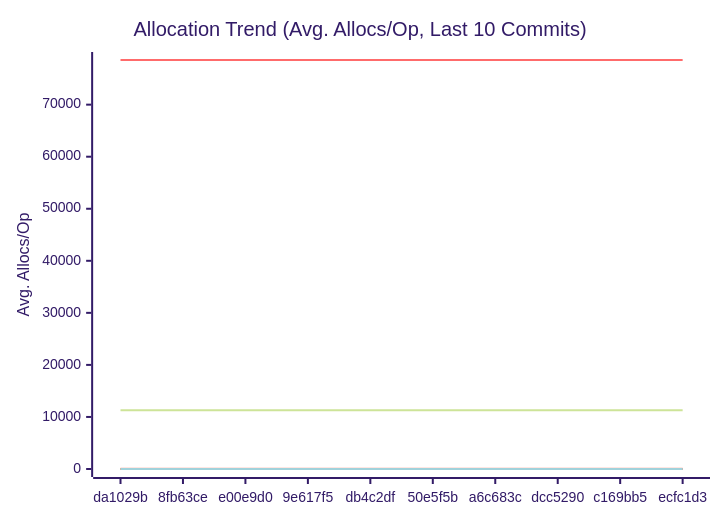
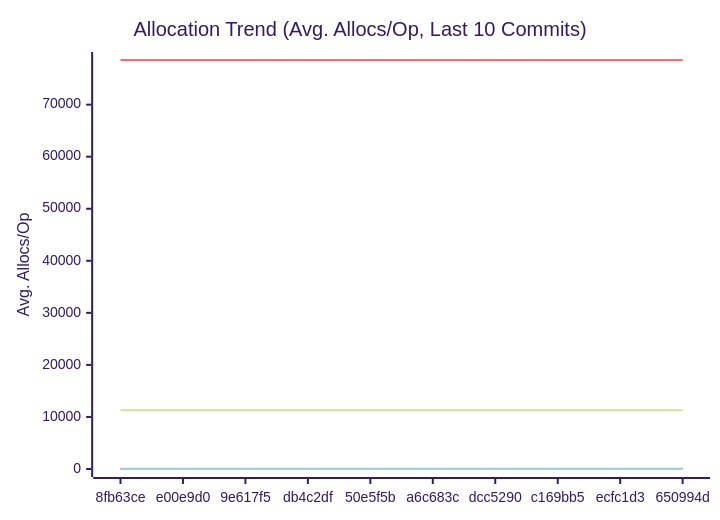
One commit to alsotoes/momo changed the third of 3 diagrams in docs/PERFORMANCE.md. Above: the diagram before and after it, drawn with Mermaid (forest theme). The commit also changed other lines of this file and 3 other files, not shown here.

````diff
--- a/docs/PERFORMANCE.md
+++ b/docs/PERFORMANCE.md
@@ -197,20 +197,20 @@
 ```mermaid
 xychart-beta
     title "Allocation Trend (Avg. Allocs/Op, Last 10 Commits)"
     x-axis "Commit"
     y-axis "Avg. Allocs/Op"
-    x-axis [da1029b,8fb63ce,e00e9d0,9e617f5,db4c2df,50e5f5b,a6c683c,dcc5290,c169bb5,ecfc1d3]
-    line "AWSChunkedReaderSigned" [11270,11274,11274,11275,11292,11274,11284,11270,11276,11273]
-    line "AWSChunkedReaderUnsigned" [78555,78563,78570,78558,78578,78566,78561,78559,78564,78563]
+    x-axis [8fb63ce,e00e9d0,9e617f5,db4c2df,50e5f5b,a6c683c,dcc5290,c169bb5,ecfc1d3,650994d]
+    line "AWSChunkedReaderSigned" [11274,11274,11275,11292,11274,11284,11270,11276,11273,11274]
+    line "AWSChunkedReaderUnsigned" [78563,78570,78558,78578,78566,78561,78559,78564,78563,78571]
     line "CheckMetricsAndSwap" [0,0,0,0,0,0,0,0,0,0]
     line "CrushOptimized" [0,0,0,0,0,0,0,0,0,0]
     line "CrushOriginal" [3,3,3,3,3,3,3,3,3,3]
     line "IndexDirectTracking" [0,0,0,0,0,0,0,0,0,0]
     line "IndexSearch" [0,0,0,0,0,0,0,0,0,0]
     line "LoadGlobalConfig" [54,54,54,54,54,54,54,54,54,54]
     line "PadString" [1,1,1,1,1,1,1,1,1,1]
     line "ParseReplicationOrder_NoPrealloc" [6,6,6,6,6,5,5,5,5,5]
     line "ParseReplicationOrder_Prealloc" [2,2,2,2,2,1,1,1,1,1]
     line "SanitizeLog/Safe" [0,0,0,0,0,0,0,0,0,0]
     line "SanitizeLog/Unsafe" [1,1,1,1,1,1,1,1,1,1]
 ```
````
